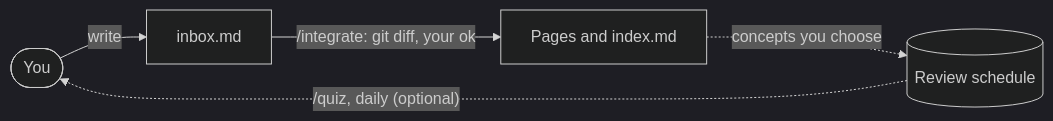
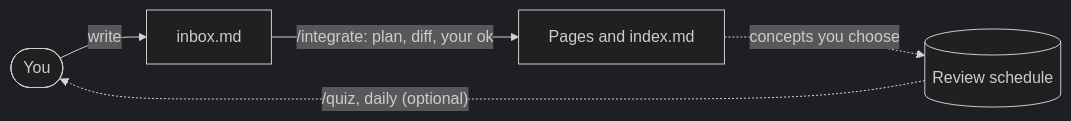
One commit to jeantotola/obsidian-recall changed the diagram in README.md. Above: the diagram before and after it, drawn with Mermaid (dark theme). The commit also changed other lines of this file and 6 other files, not shown here.

````diff
--- a/README.md
+++ b/README.md
@@ -13,7 +7,7 @@
 ```mermaid
 flowchart LR
     you([You]) -- write --> inbox[inbox.md]
-    inbox -- "/integrate: git diff, your ok" --> pages[Pages and index.md]
+    inbox -- "/integrate: plan, diff, your ok" --> pages[Pages and index.md]
     pages -. "concepts you choose" .-> schedule[(Review schedule)]
     schedule -. "/quiz, daily (optional)" .-> you
 ```
````
